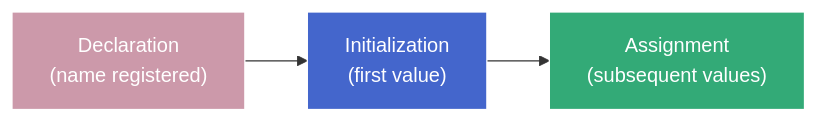
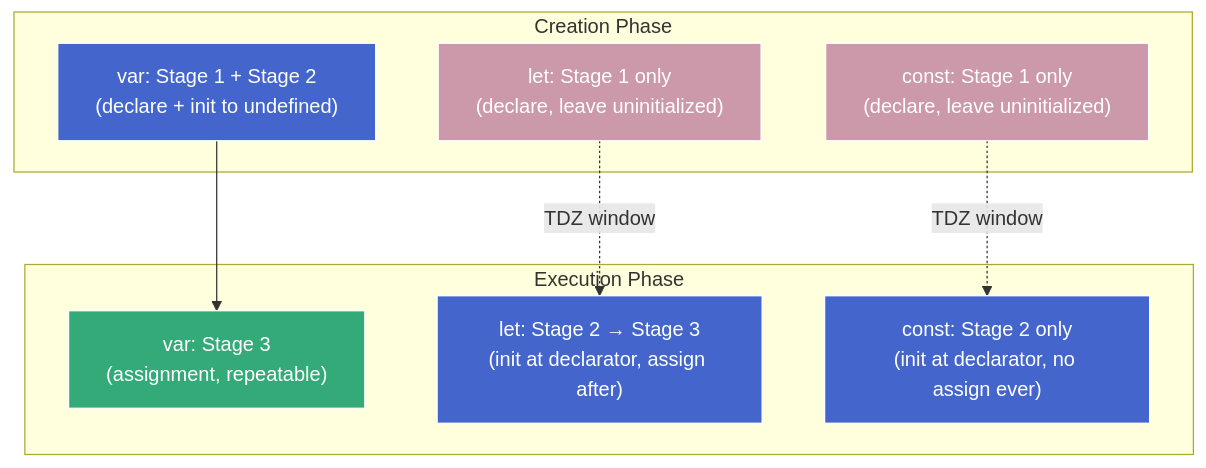
Before and after one commit to kltduong/study-notes: the diagram in courses/js-vars-scope/variable-lifecycle.md, drawn with Mermaid. The commit also changed other lines of this file, not shown here.

````diff
--- a/courses/js-vars-scope/variable-lifecycle.md
+++ b/courses/js-vars-scope/variable-lifecycle.md
@@ -132,9 +34,25 @@
 ```mermaid
-graph LR
-    A["Declaration<br/>(name registered)"] --> B["Initialization<br/>(first value)"]
-    B --> C["Assignment<br/>(subsequent values)"]
+graph TD
+    subgraph Creation Phase
+        var_c["var: Stage 1 + Stage 2<br/>(declare + init to undefined)"]
+        let_c["let: Stage 1 only<br/>(declare, leave uninitialized)"]
+        const_c["const: Stage 1 only<br/>(declare, leave uninitialized)"]
+    end
 
-    style A fill:#c9a,stroke:#fff,color:#fff
-    style B fill:#46c,stroke:#fff,color:#fff
-    style C fill:#3a7,stroke:#fff,color:#fff
+    subgraph Execution Phase
+        var_e["var: Stage 3<br/>(assignment, repeatable)"]
+        let_e["let: Stage 2 → Stage 3<br/>(init at declarator, assign after)"]
+        const_e["const: Stage 2 only<br/>(init at declarator, no assign ever)"]
+    end
+
+    var_c --> var_e
+    let_c -.->|"TDZ window"| let_e
+    const_c -.->|"TDZ window"| const_e
+
+    style var_c fill:#46c,stroke:#fff,color:#fff
+    style var_e fill:#3a7,stroke:#fff,color:#fff
+    style let_c fill:#c9a,stroke:#fff,color:#fff
+    style let_e fill:#46c,stroke:#fff,color:#fff
+    style const_c fill:#c9a,stroke:#fff,color:#fff
+    style const_e fill:#46c,stroke:#fff,color:#fff
 ```
````
